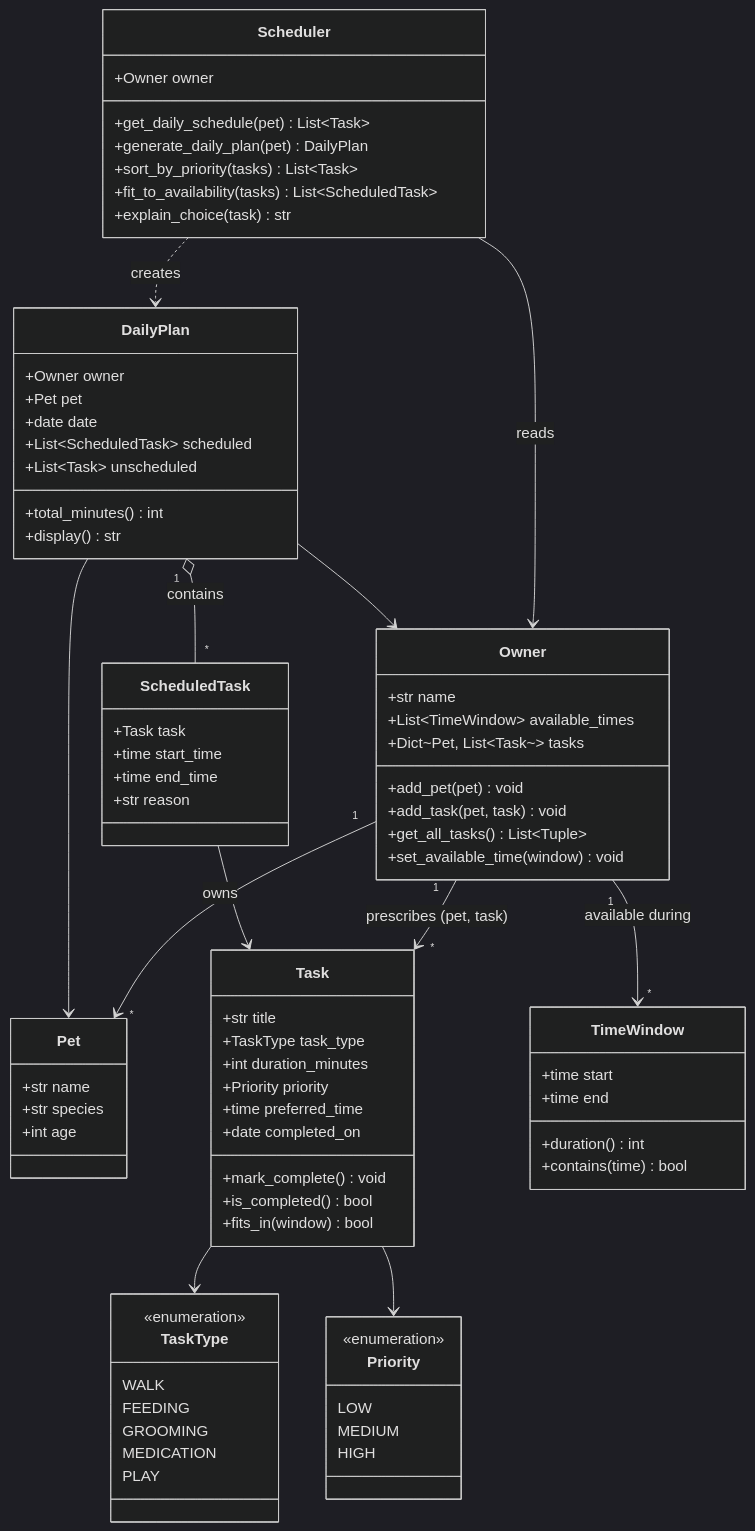
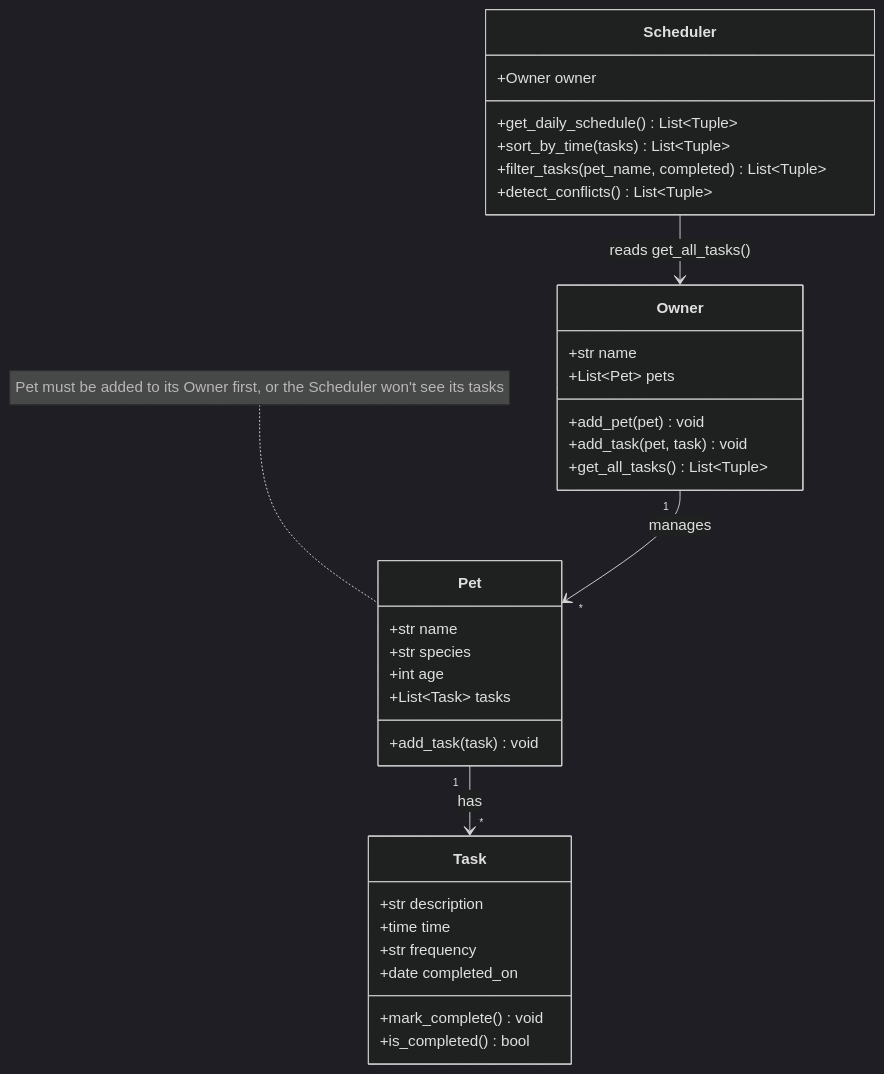
Before and after one commit to shrimayi1408/ai110-module2show-pawpal-starter: the diagram in diagrams/uml.mmd, drawn with Mermaid (dark theme). The commit also changed 5 other files, not shown here.

```diff
--- a/diagrams/uml.mmd
+++ b/diagrams/uml.mmd
@@ -1,89 +1,39 @@
 classDiagram
-    class Owner {
-        +str name
-        +List~TimeWindow~ available_times
-        +Dict~Pet, List~Task~~ tasks
-        +add_pet(pet) void
-        +add_task(pet, task) void
-        +get_all_tasks() List~Tuple~
-        +set_available_time(window) void
+    class Task {
+        +str description
+        +time time
+        +str frequency
+        +date completed_on
+        +mark_complete() void
+        +is_completed() bool
     }
 
     class Pet {
         +str name
         +str species
         +int age
+        +List~Task~ tasks
+        +add_task(task) void
     }
 
-    class Task {
-        +str title
-        +TaskType task_type
-        +int duration_minutes
-        +Priority priority
-        +time preferred_time
-        +date completed_on
-        +mark_complete() void
-        +is_completed() bool
-        +fits_in(window) bool
-    }
+    note for Pet "Pet must be added to its Owner first, or the Scheduler won't see its tasks"
 
-    class TimeWindow {
-        +time start
-        +time end
-        +duration() int
-        +contains(time) bool
+    class Owner {
+        +str name
+        +List~Pet~ pets
+        +add_pet(pet) void
+        +add_task(pet, task) void
+        +get_all_tasks() List~Tuple~
     }
 
     class Scheduler {
         +Owner owner
-        +get_daily_schedule(pet) List~Task~
-        +generate_daily_plan(pet) DailyPlan
-        +sort_by_priority(tasks) List~Task~
-        +fit_to_availability(tasks) List~ScheduledTask~
-        +explain_choice(task) str
+        +get_daily_schedule() List~Tuple~
+        +sort_by_time(tasks) List~Tuple~
+        +filter_tasks(pet_name, completed) List~Tuple~
+        +detect_conflicts() List~Tuple~
     }
 
-    class ScheduledTask {
-        +Task task
-        +time start_time
-        +time end_time
-        +str reason
-    }
-
-    class DailyPlan {
-        +Owner owner
-        +Pet pet
-        +date date
-        +List~ScheduledTask~ scheduled
-        +List~Task~ unscheduled
-        +total_minutes() int
-        +display() str
-    }
-
-    class TaskType {
-        <<enumeration>>
-        WALK
-        FEEDING
-        GROOMING
-        MEDICATION
-        PLAY
-    }
-
-    class Priority {
-        <<enumeration>>
-        LOW
-        MEDIUM
-        HIGH
-    }
-
-    Owner "1" --> "*" Pet : owns
-    Owner "1" --> "*" Task : prescribes (pet, task)
-    Owner "1" --> "*" TimeWindow : available during
-    Task --> TaskType
-    Task --> Priority
-    Scheduler --> Owner : reads
-    Scheduler ..> DailyPlan : creates
-    DailyPlan --> Owner
-    DailyPlan --> Pet
-    DailyPlan "1" o-- "*" ScheduledTask : contains
-    ScheduledTask --> Task
+    Owner "1" --> "*" Pet : manages
+    Pet "1" --> "*" Task : has
+    Scheduler --> Owner : reads get_all_tasks()
```
